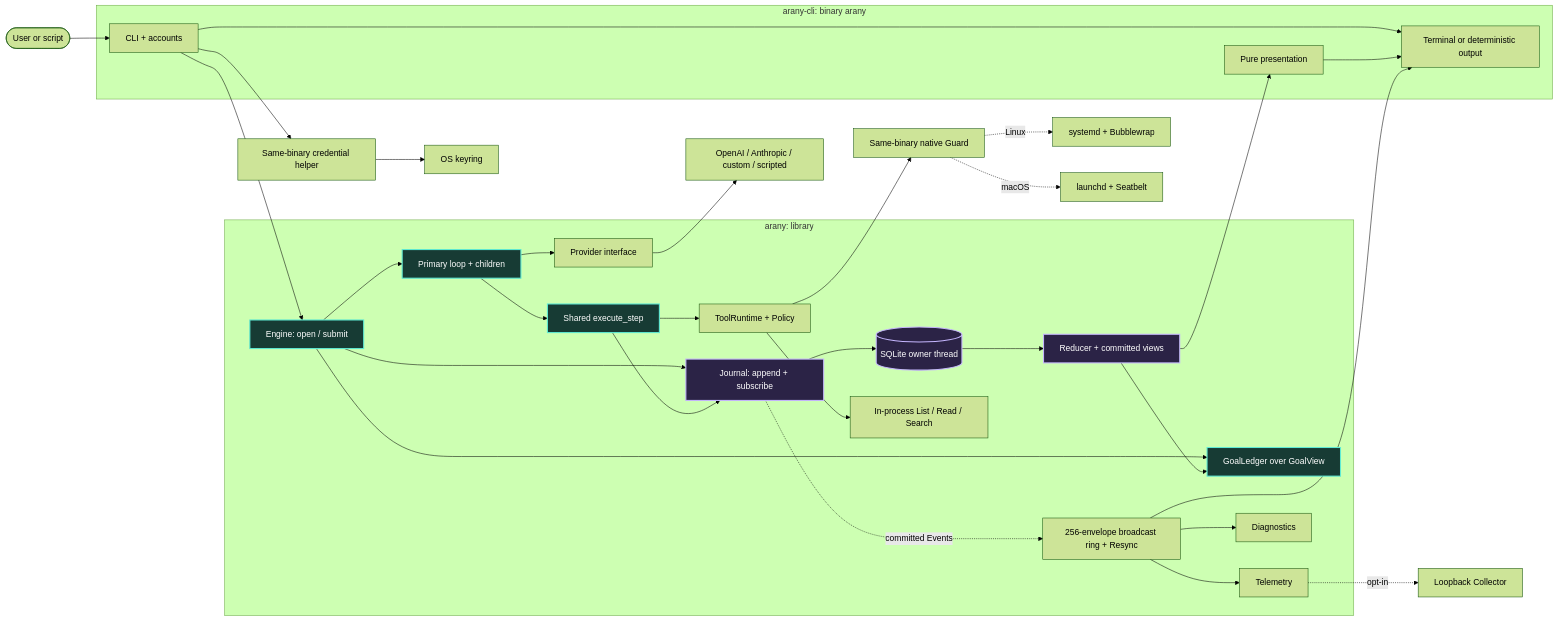
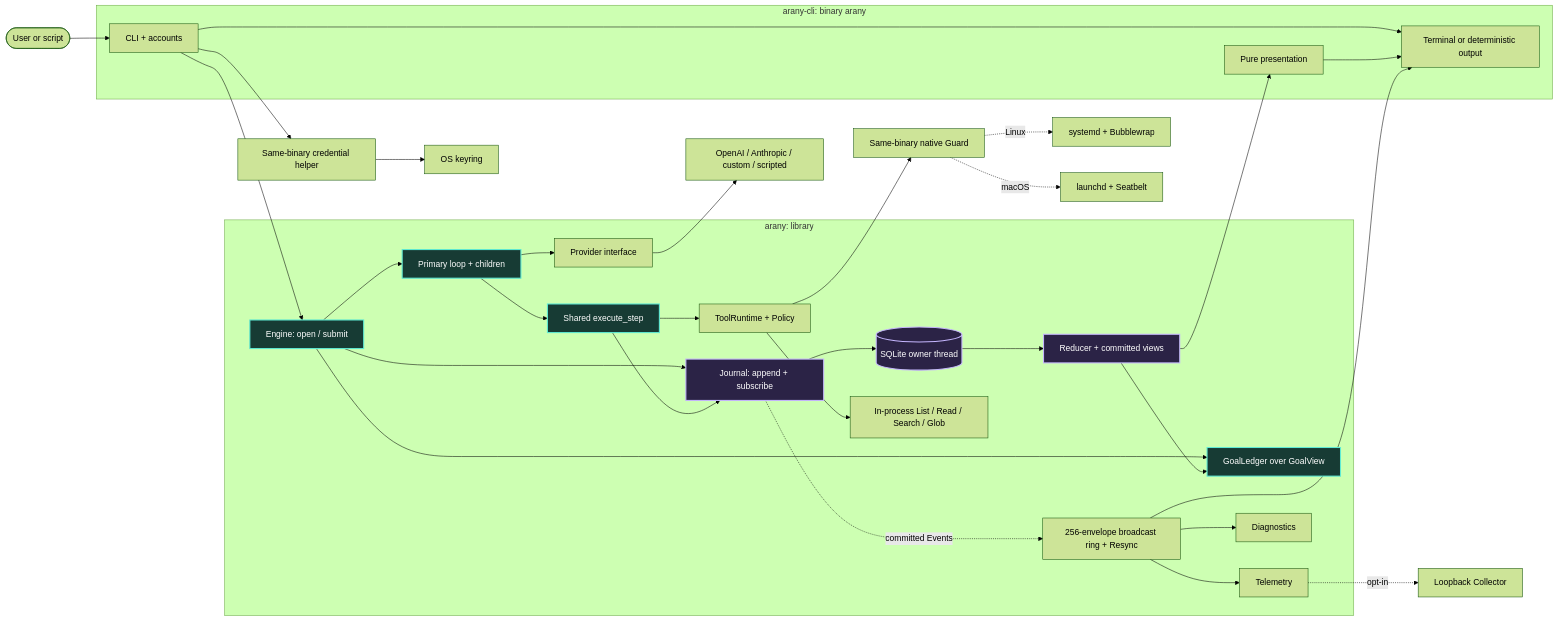
Before and after one commit to fpmirabile/arany: the diagram in docs/architecture/system-overview.md, drawn with Mermaid (forest theme). The commit also changed other lines of this file and 40 other files, not shown here.

First line of the commit message:
feat(tools): add a read-only in-process glob Tool

````diff
--- a/docs/architecture/system-overview.md
+++ b/docs/architecture/system-overview.md
@@ -80,42 +80,42 @@
 ```mermaid
 flowchart LR
     User([User or script]) --> CLI[CLI + accounts]
 
     subgraph Edge[arany-cli: binary arany]
         CLI --> Terminal[Terminal or deterministic output]
         Presentation[Pure presentation] --> Terminal
     end
 
     subgraph Harness[arany: library]
         CLI --> Engine[Engine: open / submit]
         Engine --> Loop[Primary loop + children]
         Engine --> Ledger[GoalLedger over GoalView]
         Loop --> Step[Shared execute_step]
         Loop --> Provider[Provider interface]
         Step --> Tools[ToolRuntime + Policy]
         Engine --> Journal[Journal: append + subscribe]
         Step --> Journal
         Journal --> Store[(SQLite owner thread)]
         Store --> Views[Reducer + committed views]
         Views --> Ledger
         Views --> Presentation
         Journal -. committed Events .-> Tap[256-envelope broadcast ring + Resync]
         Tap --> Terminal
         Tap --> OTLP[Telemetry]
         Tap --> Diagnostics[Diagnostics]
-        Tools --> Reads[In-process List / Read / Search]
+        Tools --> Reads[In-process List / Read / Search / Glob]
     end
 
     Provider --> Adapters[OpenAI / Anthropic / custom / scripted]
     Tools --> Guard[Same-binary native Guard]
     Guard -. Linux .-> Systemd[systemd + Bubblewrap]
     Guard -. macOS .-> Launchd[launchd + Seatbelt]
     OTLP -. opt-in .-> Collector[Loopback Collector]
     CLI --> CredentialHelper[Same-binary credential helper]
     CredentialHelper --> Keyring[OS keyring]
 
     classDef deep fill:#173b34,color:#fff,stroke:#5eead4,stroke-width:2px;
     classDef canonical fill:#2b2346,color:#fff,stroke:#c4b5fd,stroke-width:2px;
     class Engine,Loop,Ledger,Step deep;
     class Journal,Store,Views canonical;
 ```
````
